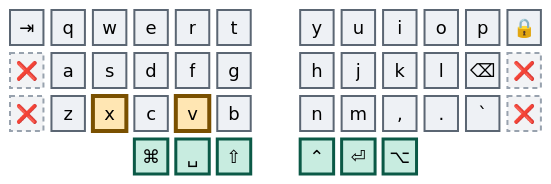
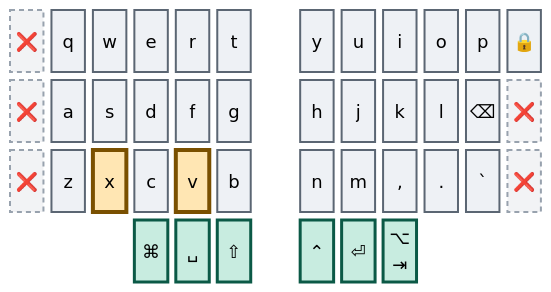
Before and after one commit to abloch/zmk-corne: the seventh of 41 diagrams in combos.md, drawn with Mermaid. The commit also changed other lines of this file and 5 other files, not shown here.

````diff
--- a/combos.md
+++ b/combos.md
@@ -183,21 +183,21 @@
 ```mermaid
 %%{init: {'theme':'base','themeVariables':{'primaryColor':'#eef1f5','primaryTextColor':'#0b0f14','primaryBorderColor':'#5b6673','nodeTextColor':'#0b0f14','textColor':'#0b0f14','mainBkg':'#eef1f5','fontSize':'18px'}}}%%
 block
 columns 13
 
-  tab["⇥"] q w e r t space y u i o p lock["🔒"]
+  tab["❌"] q w e r t space y u i o p lock["🔒"]
   x4["❌"] a s d f g space h j k l bspc["⌫"] x1["❌"]
   x2["❌"] z x c v b space n m cma[","] dot["."] grv[" `"] x3["❌"]
-  space:3 cmd["⌘"] spc["␣"] sft["⇧"] space ctl["⌃"] ent["⏎"] alt["⌥"] space:3
+  space:3 cmd["⌘"] spc["␣"] sft["⇧"] space ctl["⌃"] ent["⏎"] alt["⌥<br/>⇥"] space:3
 
   classDef anchor fill:#bfe6f0,stroke:#0a4f63,stroke-width:4px,color:#04222b
   classDef trig fill:#ffe6b3,stroke:#7a5000,stroke-width:4px,color:#2e1e00
   classDef core fill:#eef1f5,stroke:#5b6673,stroke-width:2px,color:#0b0f14
   classDef thumb fill:#c8ece0,stroke:#0b5946,stroke-width:3px,color:#06241c
   classDef dead fill:#f2f3f5,stroke:#98a2ae,stroke-width:2px,stroke-dasharray:5 4,color:#5b6673
 
   class x,v trig
-  class tab,q,w,e,r,t,y,u,i,o,p,lock,a,s,d,f,g,h,j,k,l,bspc,z,c,b,n,m,cma,dot,grv core
+  class q,w,e,r,t,y,u,i,o,p,lock,a,s,d,f,g,h,j,k,l,bspc,z,c,b,n,m,cma,dot,grv core
   class cmd,spc,sft,ctl,ent,alt thumb
-  class x1,x2,x3,x4 dead
+  class tab,x1,x2,x3,x4 dead
 ```
````
